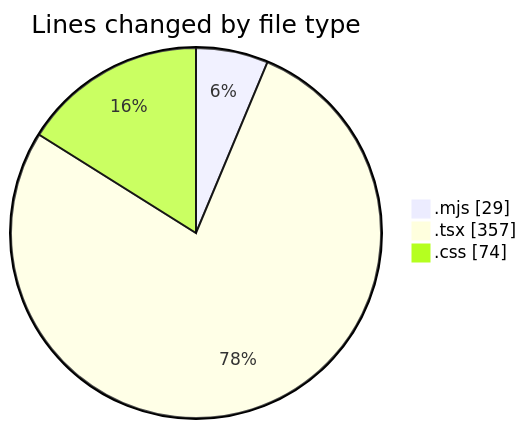
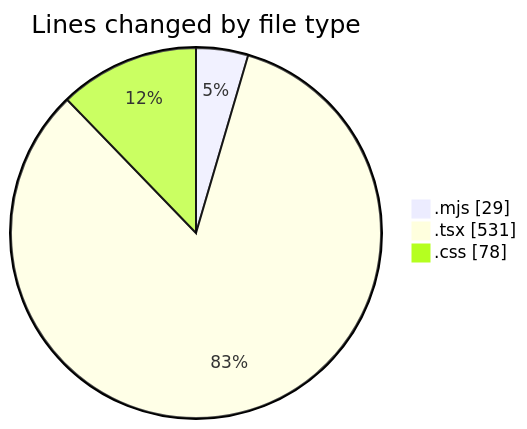
The first of 2 diagrams in 2025-01-03/impin_fr/README.md (ernivani/code-tracking), drawn with Mermaid before and after one commit. The commit also changed other lines of this file and 4 other files, not shown here.

````diff
--- a/2025-01-03/impin_fr/README.md
+++ b/2025-01-03/impin_fr/README.md
@@ -26,7 +27,7 @@
 ```mermaid
 pie showData
 title Lines changed by file type
 ".mjs" : 29
-".tsx" : 357
-".css" : 74
+".tsx" : 531
+".css" : 78
 ```
````
